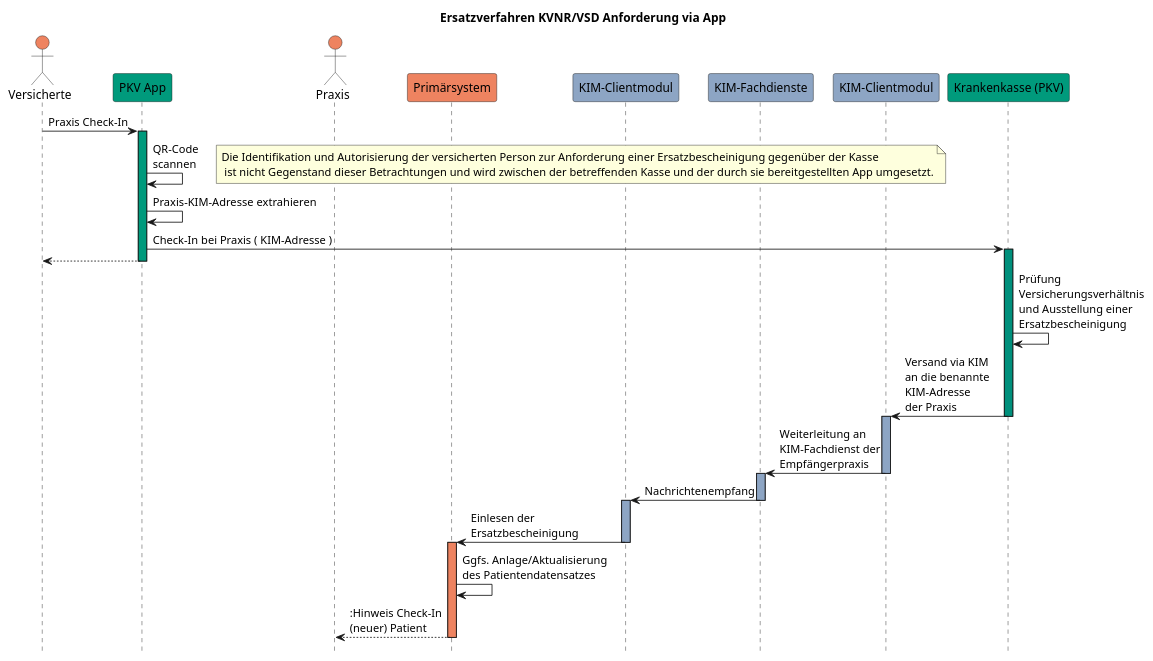
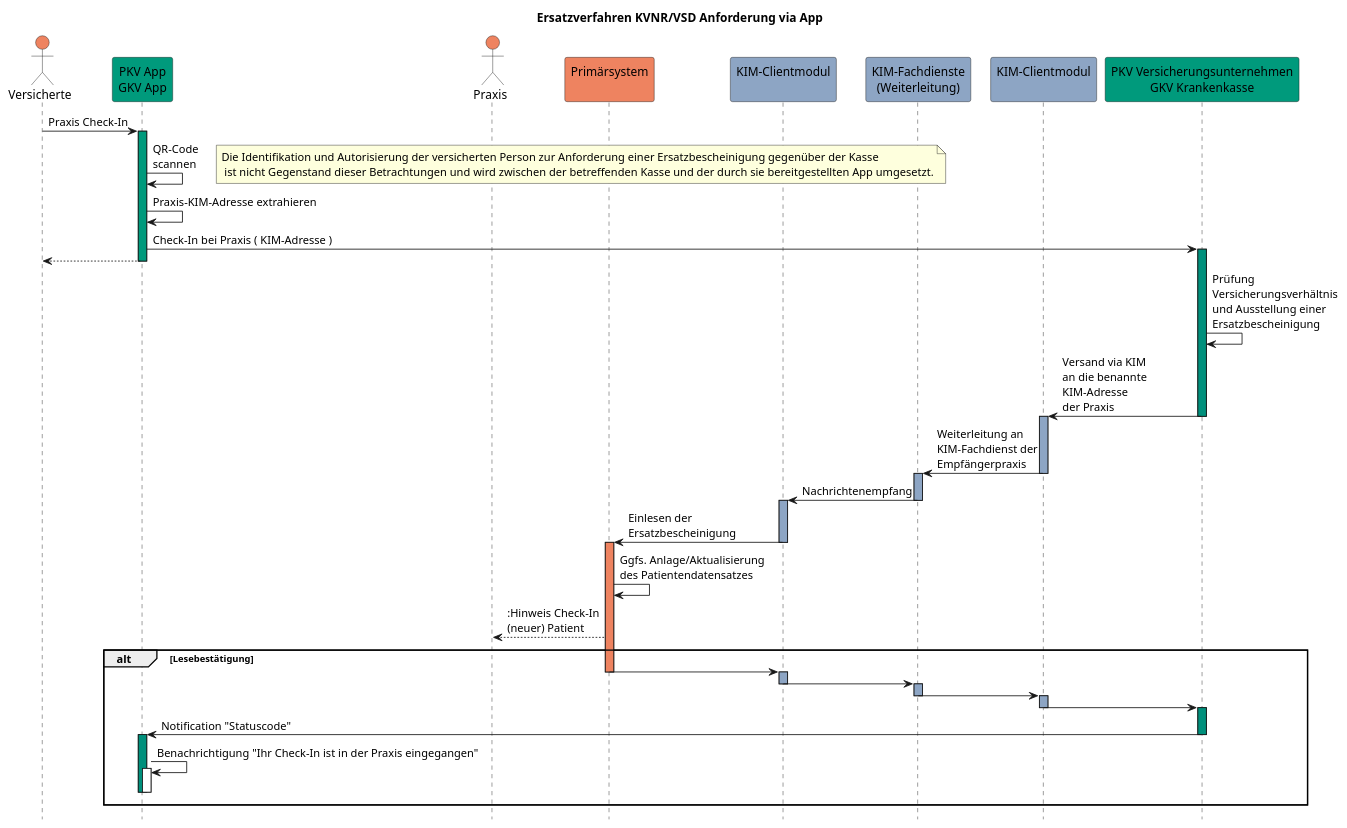
The diagram in ImplementationGuide/images/pkv_ersatzverfahren.puml (gematik/spec-VSDM-Ersatzbescheinigung), drawn with PlantUML before and after one commit. The commit also changed 3 other files, not shown here.

```diff
--- a/ImplementationGuide/images/pkv_ersatzverfahren.puml
+++ b/ImplementationGuide/images/pkv_ersatzverfahren.puml
@@ -1,40 +1,61 @@
 @startuml pkv_ersatzverfahren
 
 hide footbox
 title Ersatzverfahren KVNR/VSD Anforderung via App
 actor Vers as "Versicherte" #ee8360
-participant App as "PKV App" #009a7c
+participant App as "PKV App\nGKV App" #009a7c
 actor LE as "Praxis" #ee8360
-participant PVS as "Primärsystem" #ee8360
-participant KIMCM1 as "KIM-Clientmodul" #8da5c4
-participant KIMFD as "KIM-Fachdienste" #8da5c4
-participant KIMCM2 as "KIM-Clientmodul" #8da5c4
-participant Kasse as "Krankenkasse (PKV)" #009a7c
+participant PVS as "Primärsystem\n" #ee8360
+participant KIMCM1 as "KIM-Clientmodul\n" #8da5c4
+participant KIMFD as "KIM-Fachdienste\n(Weiterleitung)" #8da5c4
+participant KIMCM2 as "KIM-Clientmodul\n" #8da5c4
+participant Kasse as "PKV Versicherungsunternehmen\nGKV Krankenkasse" #009a7c
 
 Vers -> App: Praxis Check-In
 activate App #009a7c
 App -> App: QR-Code\nscannen
 note right: Die Identifikation und Autorisierung der versicherten Person zur Anforderung einer Ersatzbescheinigung gegenüber der Kasse\n ist nicht Gegenstand dieser Betrachtungen und wird zwischen der betreffenden Kasse und der durch sie bereitgestellten App umgesetzt.
 App -> App: Praxis-KIM-Adresse extrahieren
 App -> Kasse: Check-In bei Praxis ( KIM-Adresse )
 activate Kasse #00907c
 App --> Vers:
 deactivate App
 Kasse -> Kasse: Prüfung\nVersicherungsverhältnis\nund Ausstellung einer\nErsatzbescheinigung
 Kasse -> KIMCM2: Versand via KIM\nan die benannte\nKIM-Adresse\nder Praxis
 deactivate Kasse
 activate KIMCM2 #8da5c4
 KIMCM2 -> KIMFD: Weiterleitung an\nKIM-Fachdienst der\nEmpfängerpraxis
 deactivate KIMCM2
 activate KIMFD #8da5c4
 KIMFD -> KIMCM1: Nachrichtenempfang
 deactivate KIMFD
 activate KIMCM1 #8da5c4
 KIMCM1 -> PVS: Einlesen der\nErsatzbescheinigung
 deactivate KIMCM1
 activate PVS #ee8360
 PVS -> PVS: Ggfs. Anlage/Aktualisierung\ndes Patientendatensatzes
 PVS ---> LE: :Hinweis Check-In\n(neuer) Patient
-deactivate PVS
+alt Lesebestätigung
+    PVS -> KIMCM1
+    deactivate PVS
+    activate KIMCM1 #8da5c4
+    KIMCM1 -> KIMFD
+    deactivate KIMCM1
+    activate KIMFD #8da5c4
+    KIMFD -> KIMCM2
+    deactivate KIMFD
+    activate KIMCM2 #8da5c4
+    KIMCM2 -> Kasse
+    deactivate KIMCM2
+    activate Kasse #00907c
+    Kasse -> App: Notification "Statuscode"
+    deactivate Kasse
+    activate App #00907c
+    App -> App: Benachrichtigung "Ihr Check-In ist in der Praxis eingegangen"
+    activate App
+    deactivate App
+    deactivate App
+
+end
 
 @enduml
```
